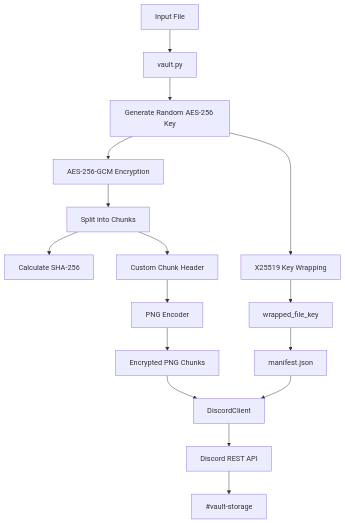
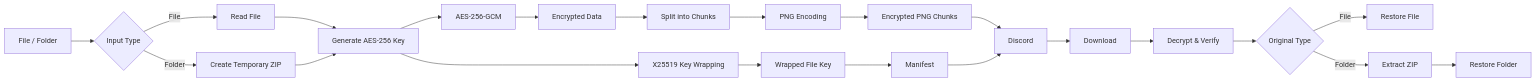
Before and after one commit to DrunkTrader/discord-vault: the first of 3 diagrams in README.md, drawn with Mermaid. The commit also changed other lines of this file and 3 other files, not shown here.

Commit message:
added folder upload support as .zip

`````diff
--- a/README.md
+++ b/README.md
@@ -101,25 +13,33 @@
 ```mermaid
-flowchart TD
-    A[Input File] --> B[vault.py]
+flowchart LR
+    A[File / Folder] --> B{Input Type}
 
-    B --> C[Generate Random AES-256 Key]
-    C --> D[AES-256-GCM Encryption]
+    B -->|File| C[Read File]
+    B -->|Folder| D[Create Temporary ZIP]
 
-    D --> E[Split into Chunks]
-    E --> F[Calculate SHA-256]
+    C --> E[Generate AES-256 Key]
+    D --> E
 
-    C --> G[X25519 Key Wrapping]
-    G --> H[wrapped_file_key]
+    E --> F[AES-256-GCM]
+    F --> G[Encrypted Data]
 
-    E --> I[Custom Chunk Header]
-    I --> J[PNG Encoder]
+    G --> H[Split into Chunks]
+    H --> I[PNG Encoding]
 
-    J --> K[Encrypted PNG Chunks]
-    H --> L[manifest.json]
+    E --> J[X25519 Key Wrapping]
+    J --> K[Wrapped File Key]
 
-    K --> M[DiscordClient]
-    L --> M
+    I --> L[Encrypted PNG Chunks]
+    K --> M[Manifest]
 
-    M --> N[Discord REST API]
-    N --> O[#vault-storage]
-```
+    L --> N[Discord]
+    M --> N
+
+    N --> O[Download]
+    O --> P[Decrypt & Verify]
+    P --> Q{Original Type}
+
+    Q -->|File| R[Restore File]
+    Q -->|Folder| S[Extract ZIP]
+    S --> T[Restore Folder]
+````
`````
